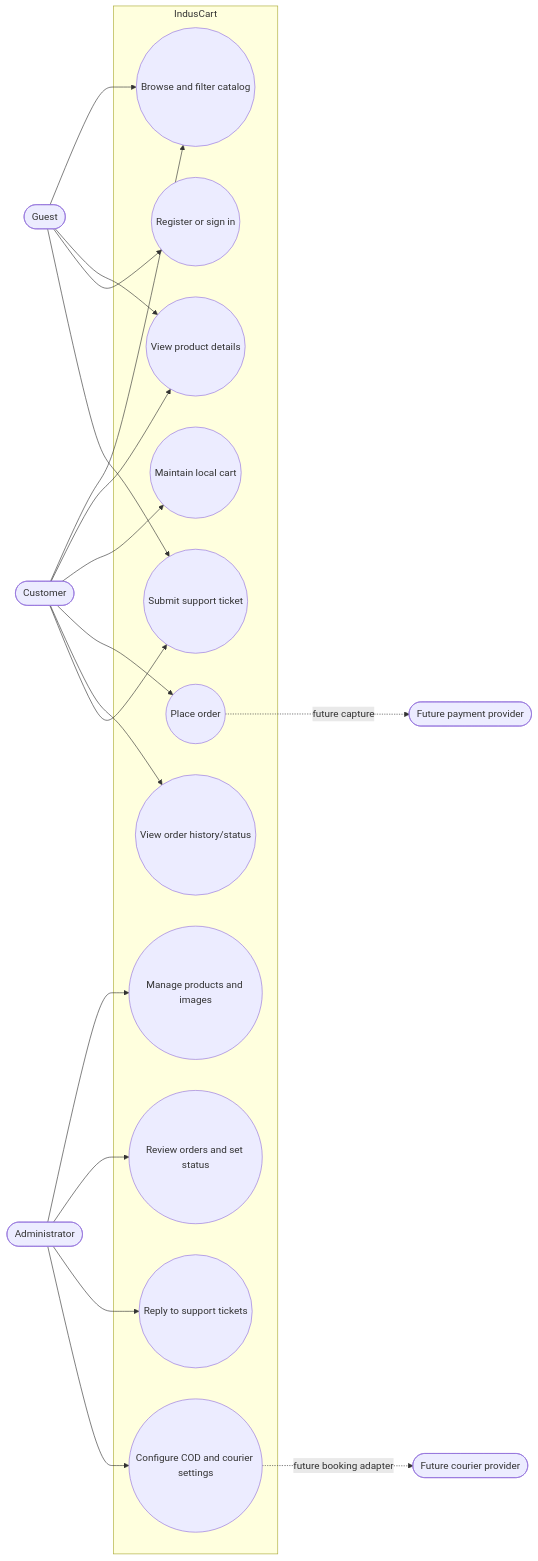
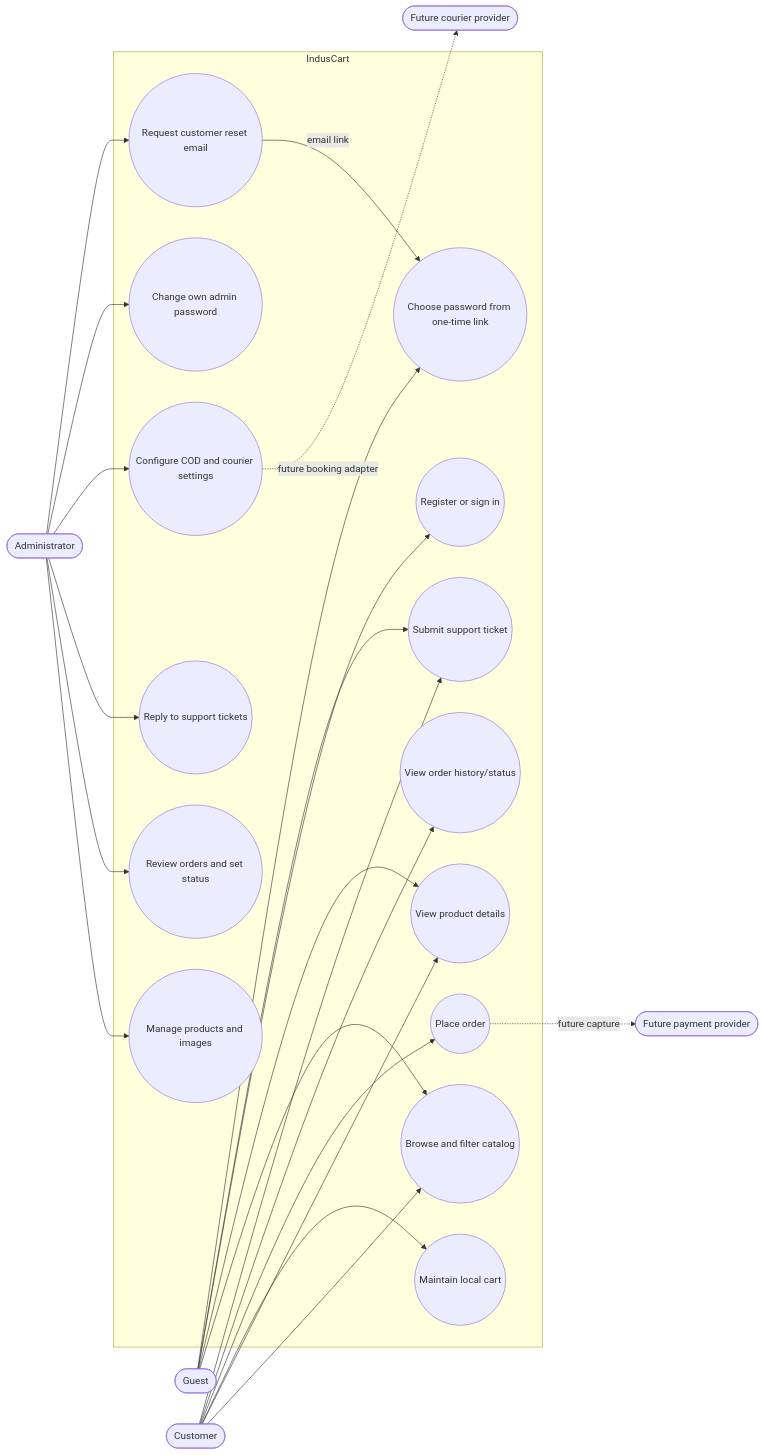
One commit to arbazfareed/e-commerce changed the first of 20 diagrams in docs/UML_DIAGRAMS.md. Above: the diagram before and after it, drawn with Mermaid. The commit also changed other lines of this file and 28 other files, not shown here.

Commit message:
Update admin UI and password management

````diff
--- a/docs/UML_DIAGRAMS.md
+++ b/docs/UML_DIAGRAMS.md
@@ -7,39 +22,46 @@
 ```mermaid
 flowchart LR
     Guest([Guest])
     Customer([Customer])
     Admin([Administrator])
     Payment([Future payment provider])
     Courier([Future courier provider])
 
     subgraph IndusCart[IndusCart]
         Browse((Browse and filter catalog))
         Details((View product details))
         LocalCart((Maintain local cart))
         Account((Register or sign in))
         Checkout((Place order))
         Track((View order history/status))
         Ticket((Submit support ticket))
+        AdminPassword((Change own admin password))
+        RequestReset((Request customer reset email))
+        CompleteReset((Choose password from one-time link))
         AdminCatalog((Manage products and images))
         AdminOrders((Review orders and set status))
         AdminSupport((Reply to support tickets))
         AdminSettings((Configure COD and courier settings))
     end
 
     Guest --> Browse
     Guest --> Details
     Guest --> Account
     Guest --> Ticket
+    Guest --> CompleteReset
     Customer --> Browse
     Customer --> Details
     Customer --> LocalCart
     Customer --> Checkout
     Customer --> Track
     Customer --> Ticket
     Admin --> AdminCatalog
     Admin --> AdminOrders
     Admin --> AdminSupport
     Admin --> AdminSettings
+    Admin --> AdminPassword
+    Admin --> RequestReset
+    RequestReset -->|email link| CompleteReset
     Checkout -. future capture .-> Payment
     AdminSettings -. future booking adapter .-> Courier
 ```
````
